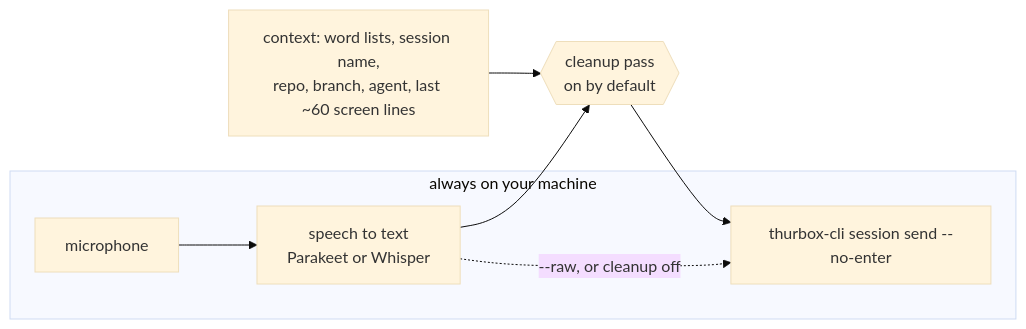
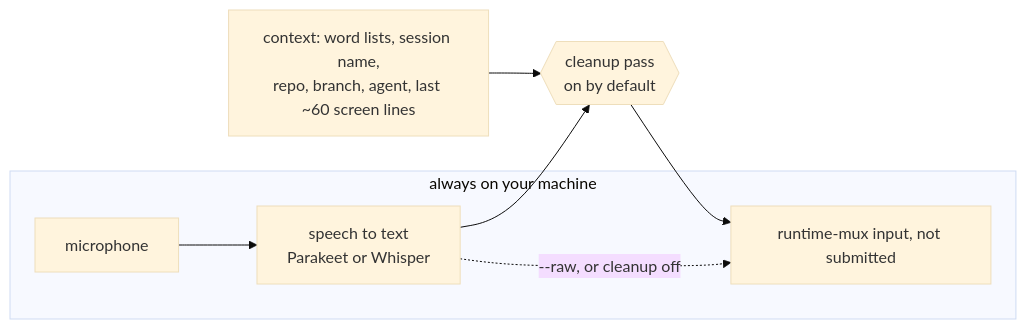
One commit to TMSCH/thurbox-voice changed the diagram in README.md. Above: the diagram before and after it, drawn with Mermaid (base theme). The commit also changed other lines of this file and 5 other files, not shown here.

First line of the commit message:
fix: paste dictations through Fleet and runtime-mux, not the removed thurbox-cli session

````diff
--- a/README.md
+++ b/README.md
@@ -80,13 +80,13 @@
 ```mermaid
 flowchart LR
     mic[microphone] --> stt["speech to text<br/>Parakeet or Whisper"]
     stt --> cleanup{{"cleanup pass<br/>on by default"}}
     ctx["context: word lists, session name,<br/>repo, branch, agent, last ~60 screen lines"] --> cleanup
-    cleanup --> send["thurbox-cli session send --no-enter"]
+    cleanup --> send["runtime-mux input, not submitted"]
     stt -. "--raw, or cleanup off" .-> send
     subgraph local [always on your machine]
         mic
         stt
         send
     end
 ```
````
